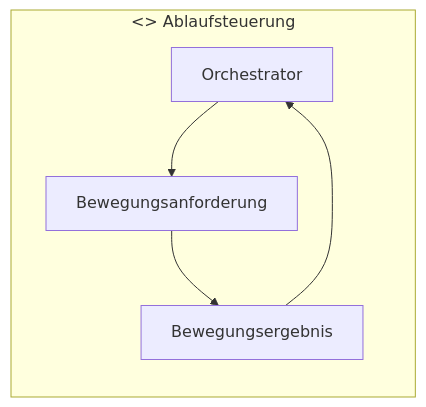
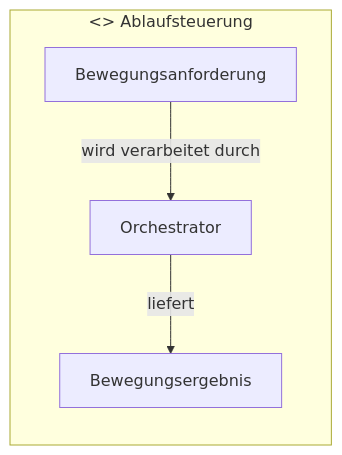
One commit to butz1999/inverse_kinematik changed the third of 5 diagrams in doc/projektbeschreibung.md. Above: the diagram before and after it, drawn with Mermaid.

Commit message:
Robotik komponent reviewd und überarbeitet

````diff
--- a/doc/projektbeschreibung.md
+++ b/doc/projektbeschreibung.md
@@ -376,12 +376,11 @@
 ```mermaid
 flowchart LR
     subgraph CTRL["<<component>> Ablaufsteuerung"]
         B1[Orchestrator]
         B2[Bewegungsanforderung]
         B3[Bewegungsergebnis]
 
-        B1 --> B2
-        B2 --> B3
-        B3 --> B1
+        B2 -->|wird verarbeitet durch| B1
+        B1 -->|liefert| B3
     end
 ```
````
